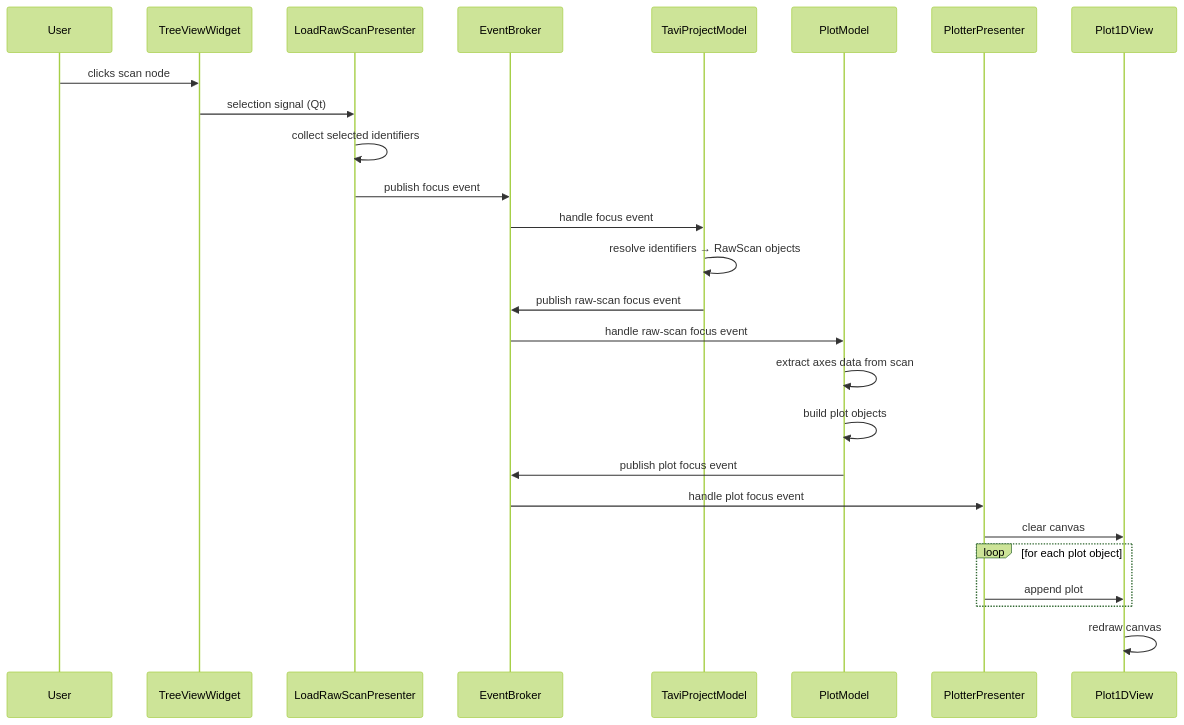
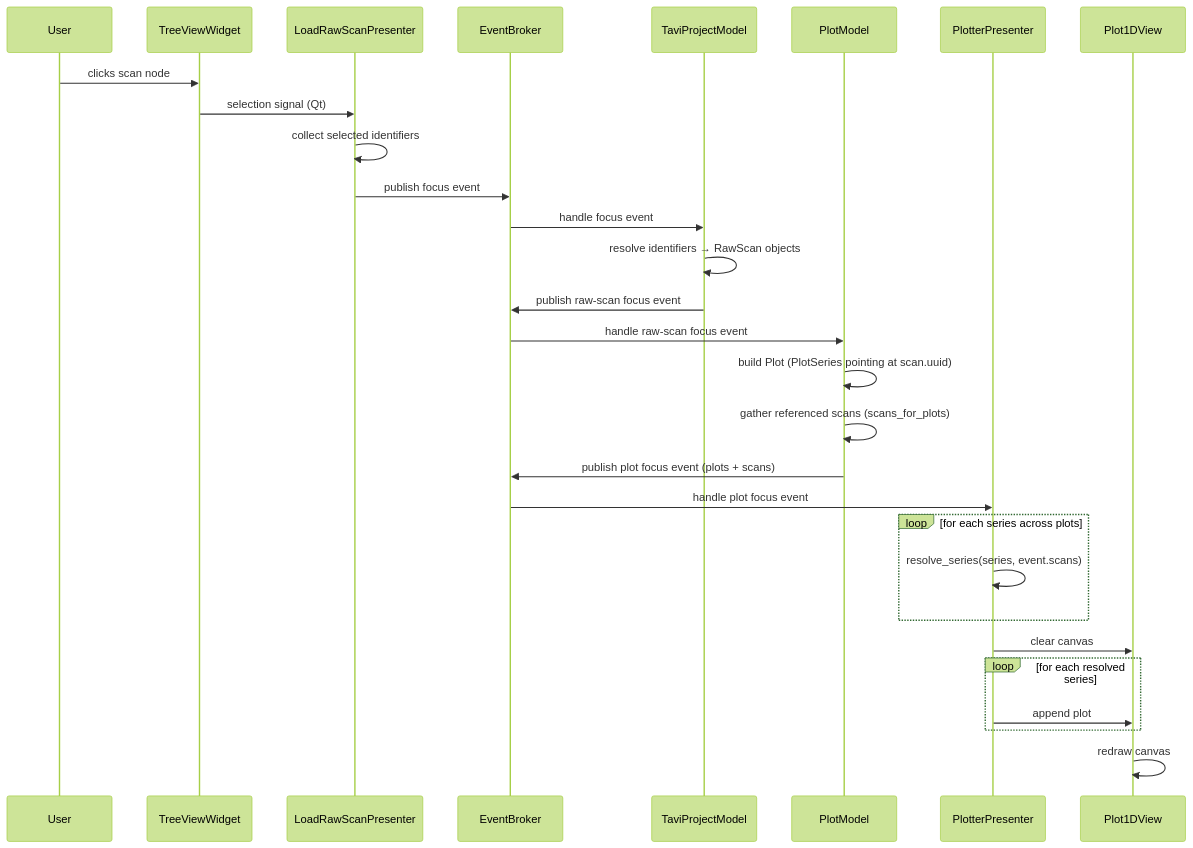
Before and after one commit to neutrons/TAVI: the first of 2 diagrams in docs/source/design/frontend/visualization_flow.rst, drawn with Mermaid (forest theme). The commit also changed other lines of this file and 1 other file, not shown here.

```diff
--- a/docs/source/design/frontend/visualization_flow.rst
+++ b/docs/source/design/frontend/visualization_flow.rst
@@ -38,32 +45,35 @@
 .. mermaid::
 
     sequenceDiagram
         participant User
         participant TreeViewWidget
         participant LoadRawScanPresenter
         participant EventBroker
         participant TaviProjectModel
         participant PlotModel
         participant PlotterPresenter
         participant Plot1DView
 
         User ->> TreeViewWidget: clicks scan node
         TreeViewWidget ->> LoadRawScanPresenter: selection signal (Qt)
         LoadRawScanPresenter ->> LoadRawScanPresenter: collect selected identifiers
         LoadRawScanPresenter ->> EventBroker: publish focus event
 
         EventBroker ->> TaviProjectModel: handle focus event
         TaviProjectModel ->> TaviProjectModel: resolve identifiers → RawScan objects
         TaviProjectModel ->> EventBroker: publish raw-scan focus event
 
         EventBroker ->> PlotModel: handle raw-scan focus event
-        PlotModel ->> PlotModel: extract axes data from scan
-        PlotModel ->> PlotModel: build plot objects
-        PlotModel ->> EventBroker: publish plot focus event
+        PlotModel ->> PlotModel: build Plot (PlotSeries pointing at scan.uuid)
+        PlotModel ->> PlotModel: gather referenced scans (scans_for_plots)
+        PlotModel ->> EventBroker: publish plot focus event (plots + scans)
 
         EventBroker ->> PlotterPresenter: handle plot focus event
+        loop for each series across plots
+            PlotterPresenter ->> PlotterPresenter: resolve_series(series, event.scans)
+        end
         PlotterPresenter ->> Plot1DView: clear canvas
-        loop for each plot object
+        loop for each resolved series
             PlotterPresenter ->> Plot1DView: append plot
         end
         Plot1DView ->> Plot1DView: redraw canvas
```
